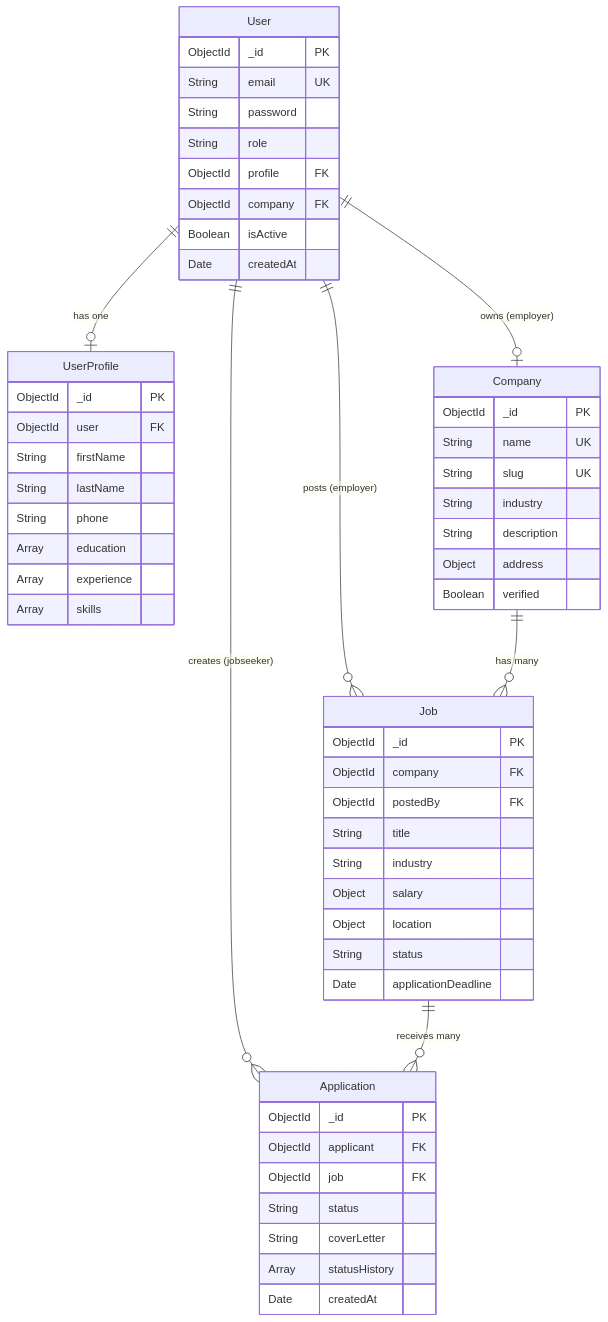
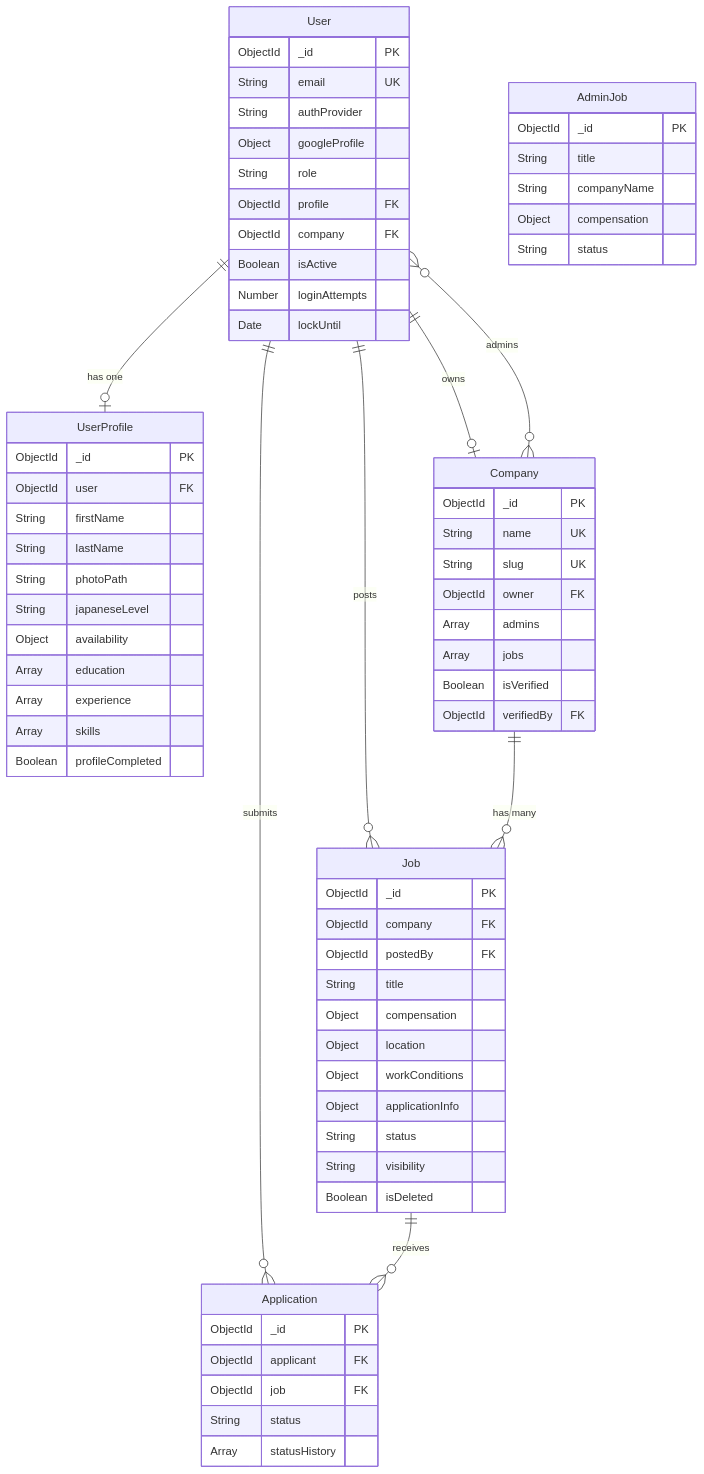
The fifth of 6 diagrams in docs/DATABASE_PLAN.md (Team-Kaizen-MMDC/mmdc-wst), drawn with Mermaid before and after one commit. The commit also changed other lines of this file, not shown here.

Commit message:
Implement feature X to enhance user experience and optimize performance

````diff
--- a/docs/DATABASE_PLAN.md
+++ b/docs/DATABASE_PLAN.md
@@ -823,65 +624,78 @@
 ```mermaid
 erDiagram
     User ||--o| UserProfile : "has one"
-    User ||--o| Company : "owns (employer)"
-    User ||--o{ Application : "creates (jobseeker)"
-    User ||--o{ Job : "posts (employer)"
-
+    User ||--o| Company : "owns"
+    User ||--o{ Application : "submits"
+    User ||--o{ Job : "posts"
     Company ||--o{ Job : "has many"
-
-    Job ||--o{ Application : "receives many"
+    Company }o--o{ User : "admins"
+    Job ||--o{ Application : "receives"
 
     User {
         ObjectId _id PK
         String email UK
-        String password
+        String authProvider
+        Object googleProfile
         String role
         ObjectId profile FK
         ObjectId company FK
         Boolean isActive
-        Date createdAt
+        Number loginAttempts
+        Date lockUntil
     }
 
     UserProfile {
         ObjectId _id PK
         ObjectId user FK
         String firstName
         String lastName
-        String phone
+        String photoPath
+        String japaneseLevel
+        Object availability
         Array education
         Array experience
         Array skills
+        Boolean profileCompleted
     }
 
     Company {
         ObjectId _id PK
         String name UK
         String slug UK
-        String industry
-        String description
-        Object address
-        Boolean verified
+        ObjectId owner FK
+        Array admins
+        Array jobs
+        Boolean isVerified
+        ObjectId verifiedBy FK
     }
 
     Job {
         ObjectId _id PK
         ObjectId company FK
         ObjectId postedBy FK
         String title
-        String industry
-        Object salary
+        Object compensation
         Object location
+        Object workConditions
+        Object applicationInfo
         String status
-        Date applicationDeadline
+        String visibility
+        Boolean isDeleted
     }
 
     Application {
         ObjectId _id PK
         ObjectId applicant FK
         ObjectId job FK
         String status
-        String coverLetter
         Array statusHistory
-        Date createdAt
+    }
+
+    AdminJob {
+        ObjectId _id PK
+        String title
+        String companyName
+        Object compensation
+        String status
     }
 ```
````
